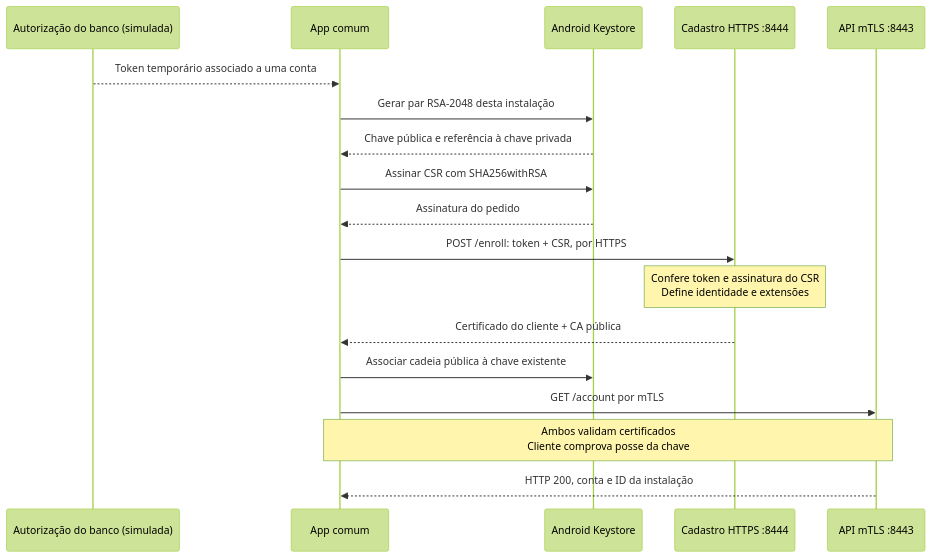
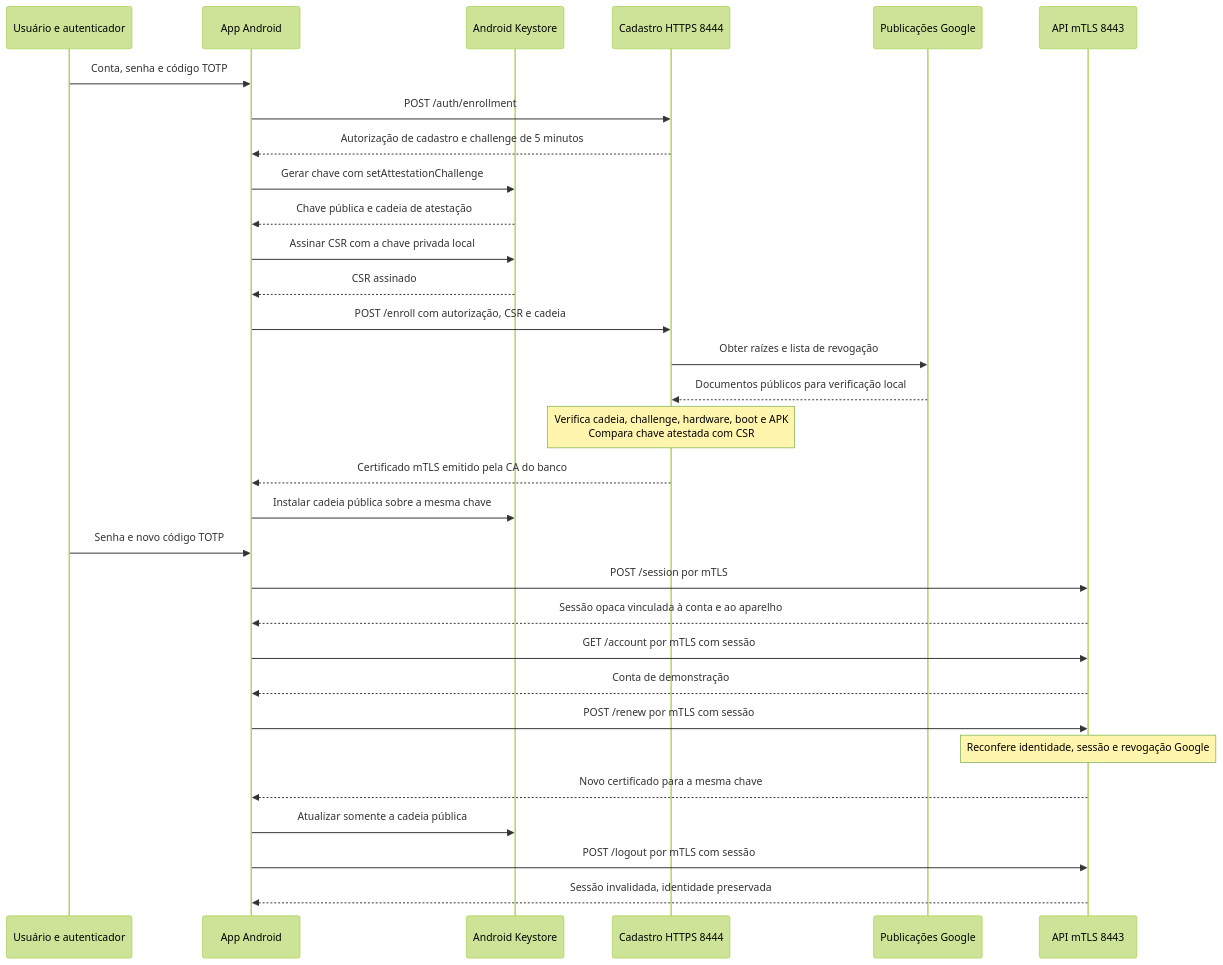
The diagram in README.md (lucasribolli/android-mtls-lab), drawn with Mermaid (forest theme) before and after one commit. The commit also changed other lines of this file and 19 other files, not shown here.

````diff
--- a/README.md
+++ b/README.md
@@ -41,20 +65,33 @@
 ```mermaid
 sequenceDiagram
-    participant U as Autorização do banco (simulada)
-    participant A as App comum
+    participant U as Usuário e autenticador
+    participant A as App Android
     participant K as Android Keystore
-    participant E as Cadastro HTTPS :8444
-    participant S as API mTLS :8443
-    U-->>A: Token temporário associado a uma conta
-    A->>K: Gerar par RSA-2048 desta instalação
-    K-->>A: Chave pública e referência à chave privada
-    A->>K: Assinar CSR com SHA256withRSA
-    K-->>A: Assinatura do pedido
-    A->>E: POST /enroll: token + CSR, por HTTPS
-    Note over E: Confere token e assinatura do CSR<br/>Define identidade e extensões
-    E-->>A: Certificado do cliente + CA pública
-    A->>K: Associar cadeia pública à chave existente
-    A->>S: GET /account por mTLS
-    Note over A,S: Ambos validam certificados<br/>Cliente comprova posse da chave
-    S-->>A: HTTP 200, conta e ID da instalação
+    participant E as Cadastro HTTPS 8444
+    participant G as Publicações Google
+    participant S as API mTLS 8443
+    U->>A: Conta, senha e código TOTP
+    A->>E: POST /auth/enrollment
+    E-->>A: Autorização de cadastro e challenge de 5 minutos
+    A->>K: Gerar chave com setAttestationChallenge
+    K-->>A: Chave pública e cadeia de atestação
+    A->>K: Assinar CSR com a chave privada local
+    K-->>A: CSR assinado
+    A->>E: POST /enroll com autorização, CSR e cadeia
+    E->>G: Obter raízes e lista de revogação
+    G-->>E: Documentos públicos para verificação local
+    Note over E: Verifica cadeia, challenge, hardware, boot e APK<br/>Compara chave atestada com CSR
+    E-->>A: Certificado mTLS emitido pela CA do banco
+    A->>K: Instalar cadeia pública sobre a mesma chave
+    U->>A: Senha e novo código TOTP
+    A->>S: POST /session por mTLS
+    S-->>A: Sessão opaca vinculada à conta e ao aparelho
+    A->>S: GET /account por mTLS com sessão
+    S-->>A: Conta de demonstração
+    A->>S: POST /renew por mTLS com sessão
+    Note over S: Reconfere identidade, sessão e revogação Google
+    S-->>A: Novo certificado para a mesma chave
+    A->>K: Atualizar somente a cadeia pública
+    A->>S: POST /logout por mTLS com sessão
+    S-->>A: Sessão invalidada, identidade preservada
 ```
````
